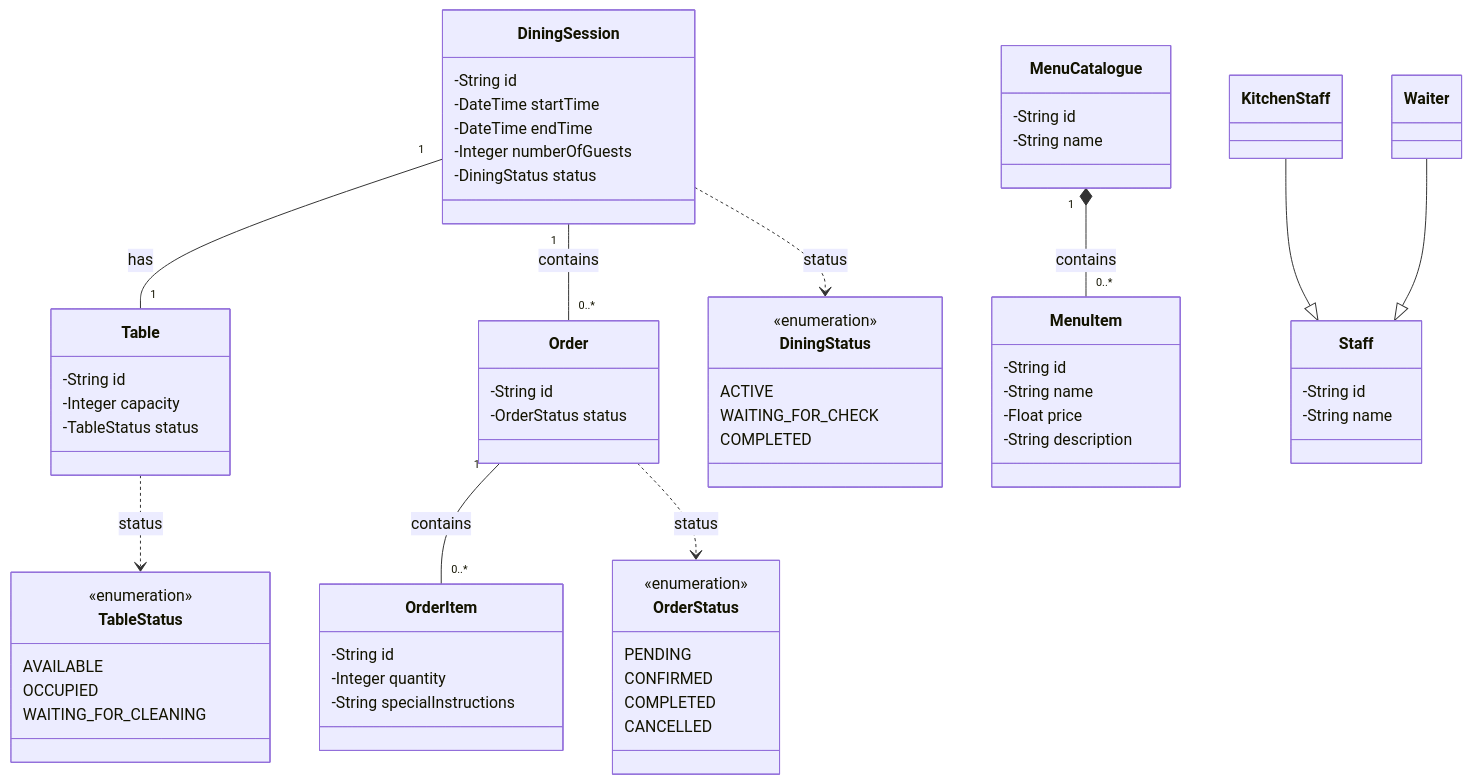
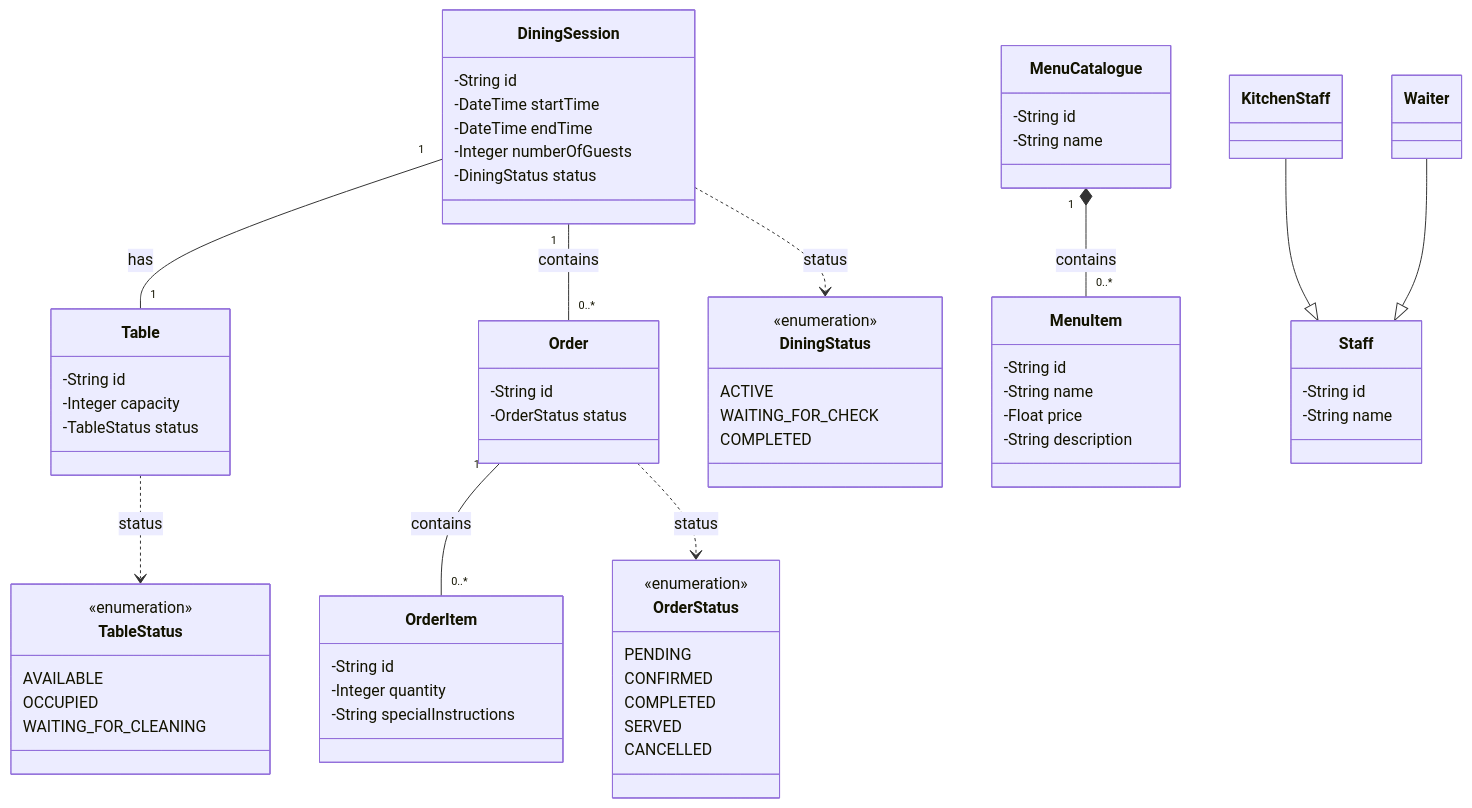
The diagram in docs/domain.mmd (zawnaylin/gisma-advance-programming-assessment), drawn with Mermaid before and after one commit. The commit also changed 11 other files, not shown here.

```diff
--- a/docs/domain.mmd
+++ b/docs/domain.mmd
@@ -1,67 +1,68 @@
 classDiagram
     class Table
     Table: -String id
     Table: -Integer capacity
     Table: -TableStatus status
     Table ..> TableStatus: status
 
     class TableStatus
     <<enumeration>> TableStatus
     TableStatus: AVAILABLE
     TableStatus: OCCUPIED
     TableStatus: WAITING_FOR_CLEANING
 
     class DiningSession
     DiningSession: -String id
     DiningSession: -DateTime startTime
     DiningSession: -DateTime endTime
     DiningSession: -Integer numberOfGuests
     DiningSession: -DiningStatus status
     DiningSession "1" -- "1" Table: has
     DiningSession "1" -- "0..*" Order: contains
     DiningSession ..> DiningStatus: status
 
     class DiningStatus
     <<enumeration>> DiningStatus
     DiningStatus: ACTIVE
     DiningStatus: WAITING_FOR_CHECK
     DiningStatus: COMPLETED
 
     class MenuCatalogue
     MenuCatalogue: -String id
     MenuCatalogue: -String name
     MenuCatalogue "1" *-- "0..*" MenuItem: contains
 
     class MenuItem
     MenuItem: -String id
     MenuItem: -String name
     MenuItem: -Float price
     MenuItem: -String description
 
     class Order
     Order: -String id
     Order: -OrderStatus status
     Order "1" -- "0..*" OrderItem: contains
     Order ..> OrderStatus: status
 
     class OrderStatus
     <<enumeration>> OrderStatus
     OrderStatus: PENDING
     OrderStatus: CONFIRMED
     OrderStatus: COMPLETED
+    OrderStatus: SERVED
     OrderStatus: CANCELLED
 
     class OrderItem
     OrderItem: -String id
     OrderItem: -Integer quantity
     OrderItem: -String specialInstructions
 
     class Staff
     Staff: -String id
     Staff: -String name
 
     class KitchenStaff
     KitchenStaff --|> Staff
 
     class Waiter
     Waiter --|> Staff
```
